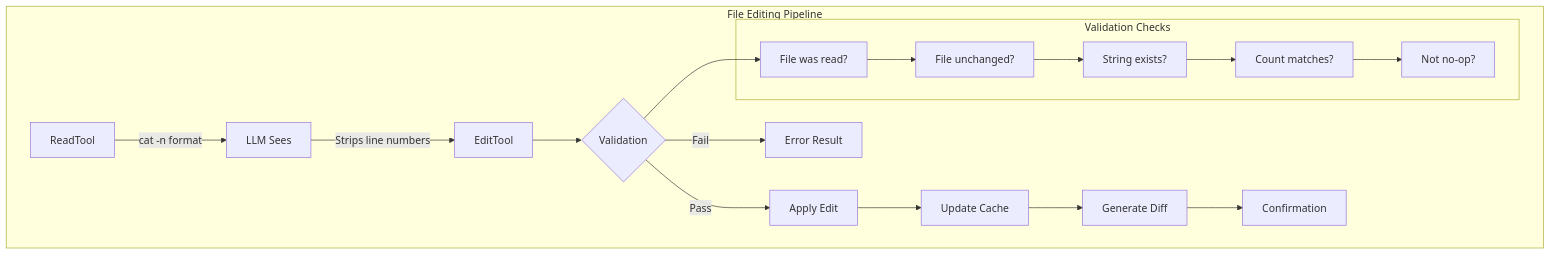
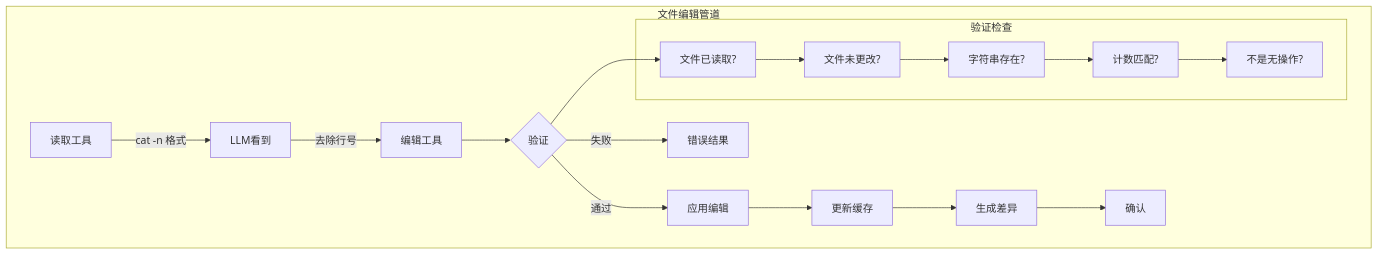
One commit to hanshuang-ai/BLOG changed the diagram in source/_posts/claude-code文件编辑-AI辅助的代码修改.md. Above: the diagram before and after it, drawn with Mermaid. The commit also changed other lines of this file and 10 other files, not shown here.

````diff
--- a/source/_posts/claude-code文件编辑-AI辅助的代码修改.md
+++ b/source/_posts/claude-code文件编辑-AI辅助的代码修改.md
@@ -9,30 +10,30 @@
 ```mermaid
 graph TB
-    subgraph "File Editing Pipeline"
-        Read[ReadTool] -->|cat -n format| Display[LLM Sees]
-        Display -->|Strips line numbers| Edit[EditTool]
+    subgraph "文件编辑管道"
+        Read[读取工具] -->|cat -n 格式| Display[LLM看到]
+        Display -->|去除行号| Edit[编辑工具]
 
-        Edit --> Validate{Validation}
-        Validate -->|Pass| Apply[Apply Edit]
-        Validate -->|Fail| Error[Error Result]
+        Edit --> Validate{验证}
+        Validate -->|通过| Apply[应用编辑]
+        Validate -->|失败| Error[错误结果]
 
-        Apply --> Cache[Update Cache]
-        Cache --> Diff[Generate Diff]
-        Diff --> Confirm[Confirmation]
+        Apply --> Cache[更新缓存]
+        Cache --> Diff[生成差异]
+        Diff --> Confirm[确认]
 
-        subgraph "Validation Checks"
-            V1[File was read?]
-            V2[File unchanged?]
-            V3[String exists?]
-            V4[Count matches?]
-            V5[Not no-op?]
+        subgraph "验证检查"
+            V1[文件已读取?]
+            V2[文件未更改?]
+            V3[字符串存在?]
+            V4[计数匹配?]
+            V5[不是无操作?]
         end
 
         Validate --> V1
         V1 --> V2
         V2 --> V3
         V3 --> V4
         V4 --> V5
     end
 
 ```
````
